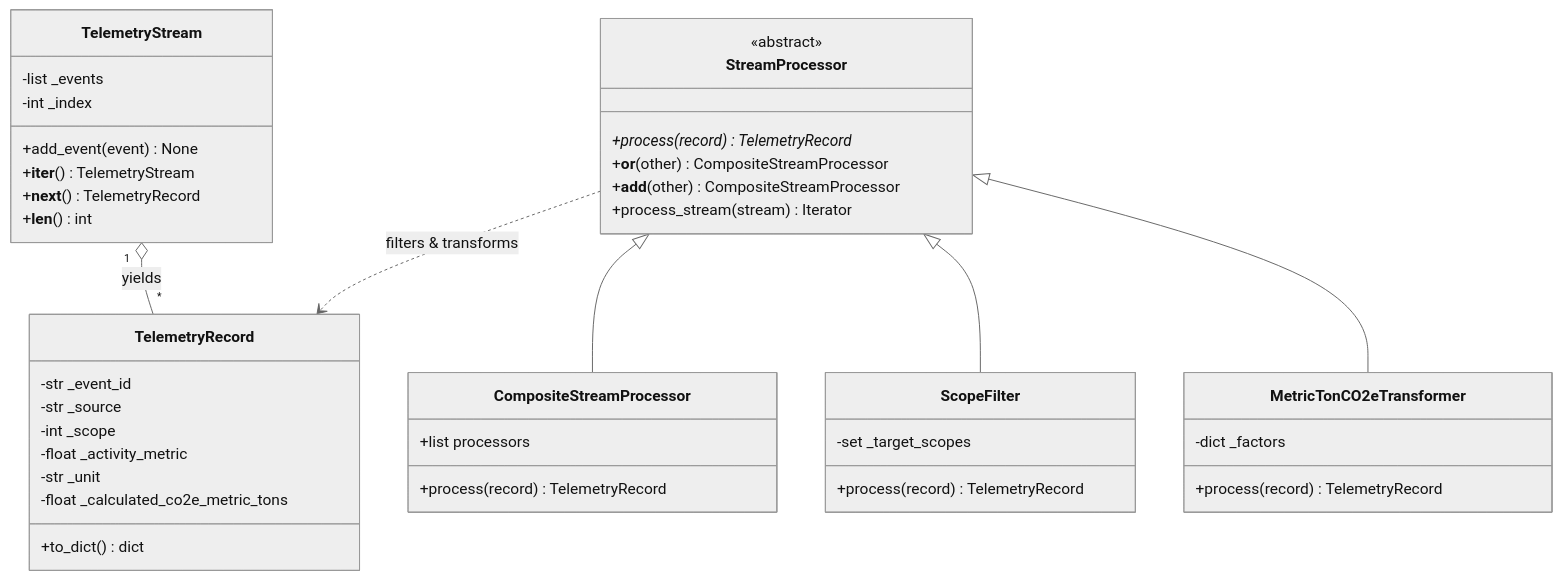
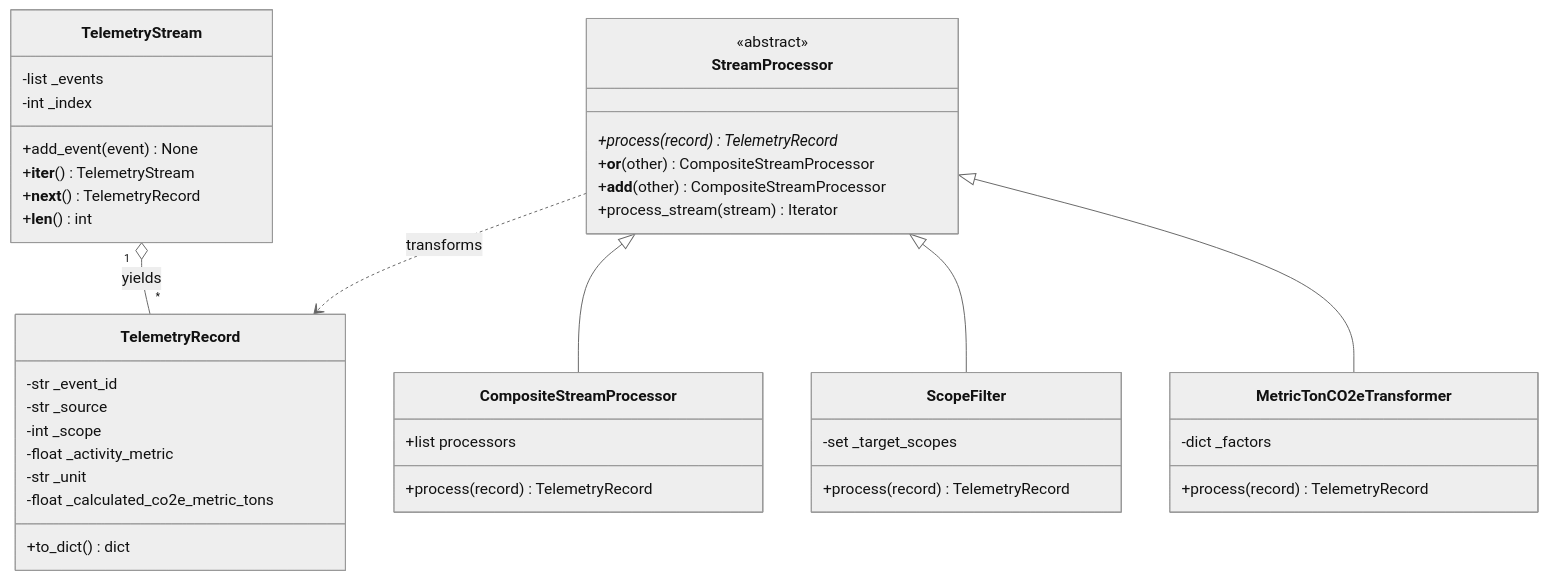
The fourth of 4 diagrams in README.md (M-AA-B/CPC-Python-Capstone-Project), drawn with Mermaid (neutral theme) before and after one commit. The commit also changed other lines of this file and 76 other files, not shown here.

````diff
--- a/README.md
+++ b/README.md
@@ -291,50 +285,50 @@
 ```mermaid
 classDiagram
     class TelemetryRecord {
         -str _event_id
         -str _source
         -int _scope
         -float _activity_metric
         -str _unit
         -float _calculated_co2e_metric_tons
         +to_dict() dict
     }
 
     class TelemetryStream {
         -list _events
         -int _index
         +add_event(event) None
         +__iter__() TelemetryStream
         +__next__() TelemetryRecord
         +__len__() int
     }
 
     class StreamProcessor {
         <<abstract>>
         +process(record)* TelemetryRecord
         +__or__(other) CompositeStreamProcessor
         +__add__(other) CompositeStreamProcessor
         +process_stream(stream) Iterator
     }
 
     class CompositeStreamProcessor {
         +list processors
         +process(record) TelemetryRecord
     }
 
     class ScopeFilter {
         -set _target_scopes
         +process(record) TelemetryRecord
     }
 
     class MetricTonCO2eTransformer {
         -dict _factors
         +process(record) TelemetryRecord
     }
 
     StreamProcessor <|-- CompositeStreamProcessor
     StreamProcessor <|-- ScopeFilter
     StreamProcessor <|-- MetricTonCO2eTransformer
     TelemetryStream "1" o-- "*" TelemetryRecord : yields
-    StreamProcessor ..> TelemetryRecord : filters & transforms
+    StreamProcessor ..> TelemetryRecord : transforms
 ```
````
